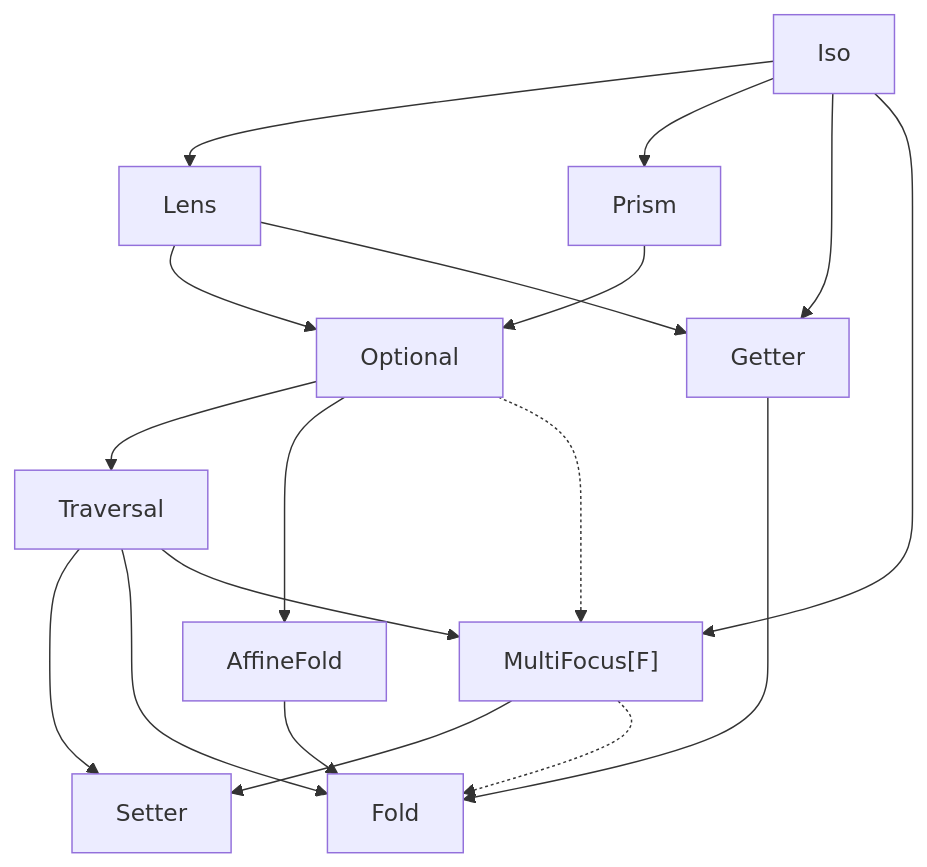
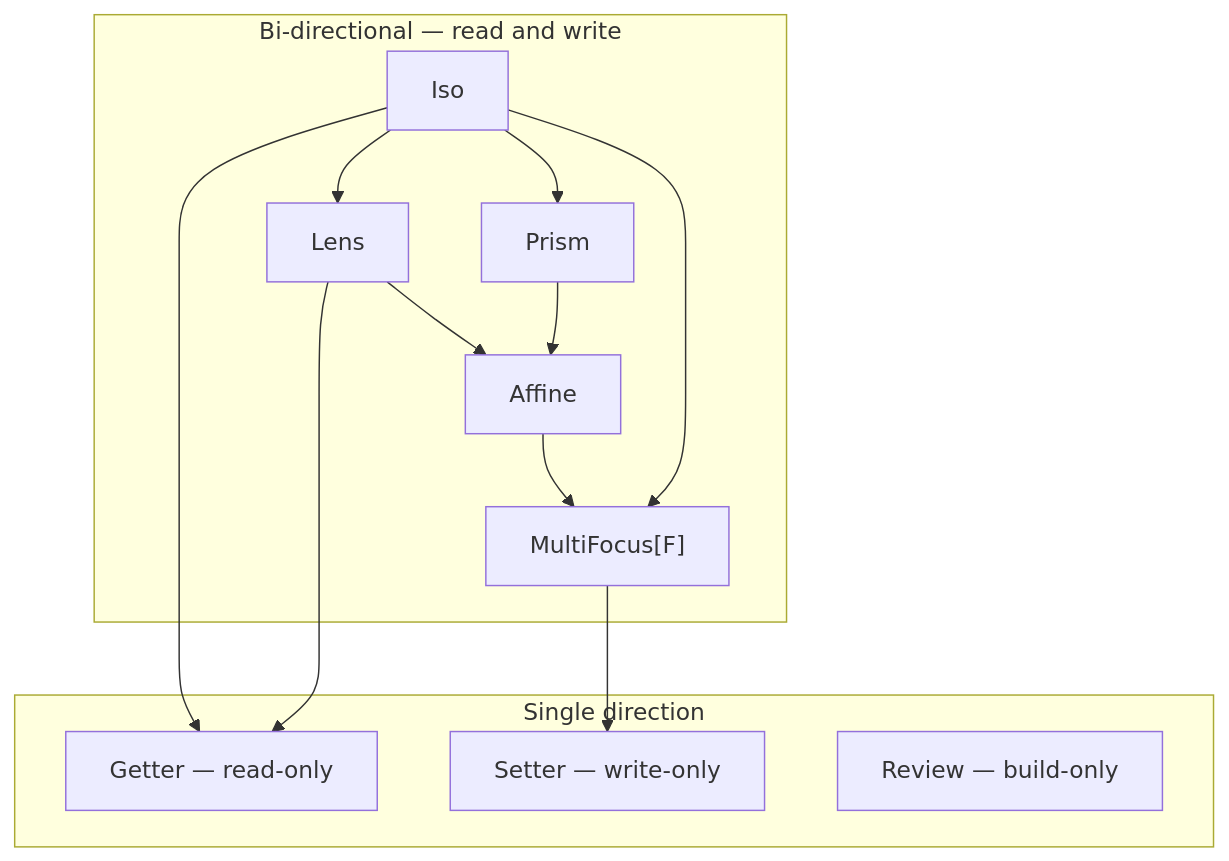
One commit to Constructive-Programming/eo changed the diagram in site/docs/optics.md. Above: the diagram before and after it, drawn with Mermaid. The commit also changed other lines of this file and 15 other files, not shown here.

First line of the commit message:
docs: reconcile site + source comments with v0.2 (MultiFocus↔Forget, carrier names, links) (#15)

````diff
--- a/site/docs/optics.md
+++ b/site/docs/optics.md
@@ -20,50 +17,30 @@
 ```mermaid
 flowchart TD
-  %% Read-write spine — Iso ⊏ {Lens, Prism} ⊏ Optional ⊏ Traversal ⊏ Setter.
-  %% Each downward edge is a native specialisation; composing two adjacent
-  %% families lands at the lower node by following both arrows down.
-  Iso --> Lens
-  Iso --> Prism
-  Lens --> Optional
-  Prism --> Optional
-  Optional --> Traversal
-  Traversal --> Setter
+  subgraph bidir["Bi-directional — read and write"]
+    Iso --> Lens
+    Iso --> Prism
+    Lens --> Affine
+    Prism --> Affine
+    Affine --> MultiFocus["MultiFocus[F]"]
+    Iso --> MultiFocus
+  end
 
-  %% Read-only branch — drops the write side (T = Unit). Every read-write
-  %% family has a read-only counterpart that fans into Fold.
+  subgraph single["Single direction"]
+    Getter["Getter — read-only"]
+    Setter["Setter — write-only"]
+    Review["Review — build-only"]
+  end
+
   Iso --> Getter
   Lens --> Getter
-  Optional --> AffineFold
-  Getter --> Fold
-  AffineFold --> Fold
-  Traversal --> Fold
-
-  %% MultiFocus[F] is a composition sink with five sub-shapes
-  %% selected by F: AlgLens (F: Functor / Foldable / Traverse),
-  %% Kaleidoscope (F: Apply aggregates), Grate (F = Function1[X0, *]),
-  %% PowerSeries (F = PSVec, the Traversal.each carrier), and
-  %% FixedTraversal[N] (F = Function1[Int, *] for the .{two,three,four}
-  %% factories). Inbound bridges from every classical family land
-  %% here; the only outbound is to Setter via multifocus2setter.
-  %% Dotted edges mark *degraded* conversions where the result loses
-  %% information the original carrier carried.
-  Iso --> MultiFocus["MultiFocus[F]"]
-  Optional -.-> MultiFocus
   MultiFocus --> Setter
-  MultiFocus -.-> Fold
-
-  %% Traversal.each is the F = PSVec sub-shape of MultiFocus[F]; drawn
-  %% as Traversal in the lattice for legibility.
-  Traversal --> MultiFocus
 
   click Iso "#iso"
   click Lens "#lens"
   click Prism "#prism"
-  click Optional "#optional"
-  click Traversal "#traversal"
+  click Affine "#affine"
+  click MultiFocus "#multifocus"
+  click Getter "#getter"
   click Setter "#setter"
-  click Getter "#getter"
-  click AffineFold "#affinefold"
-  click Fold "#fold"
-  click MultiFocus "#multifocus"
+  click Review "#review"
 ```
````
